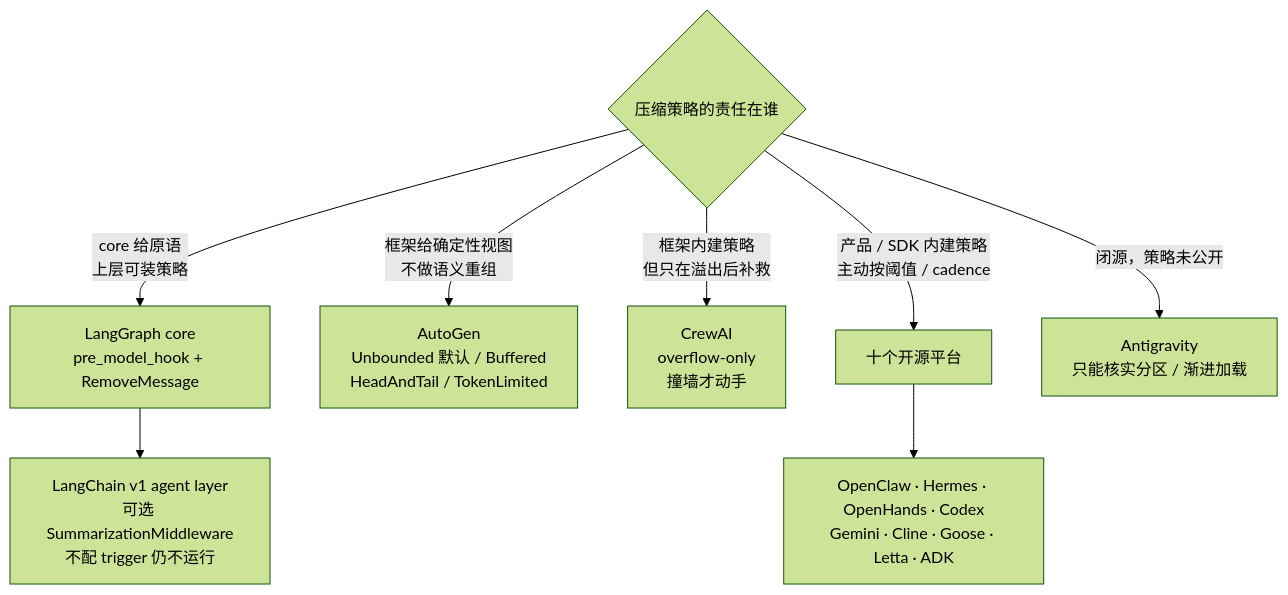
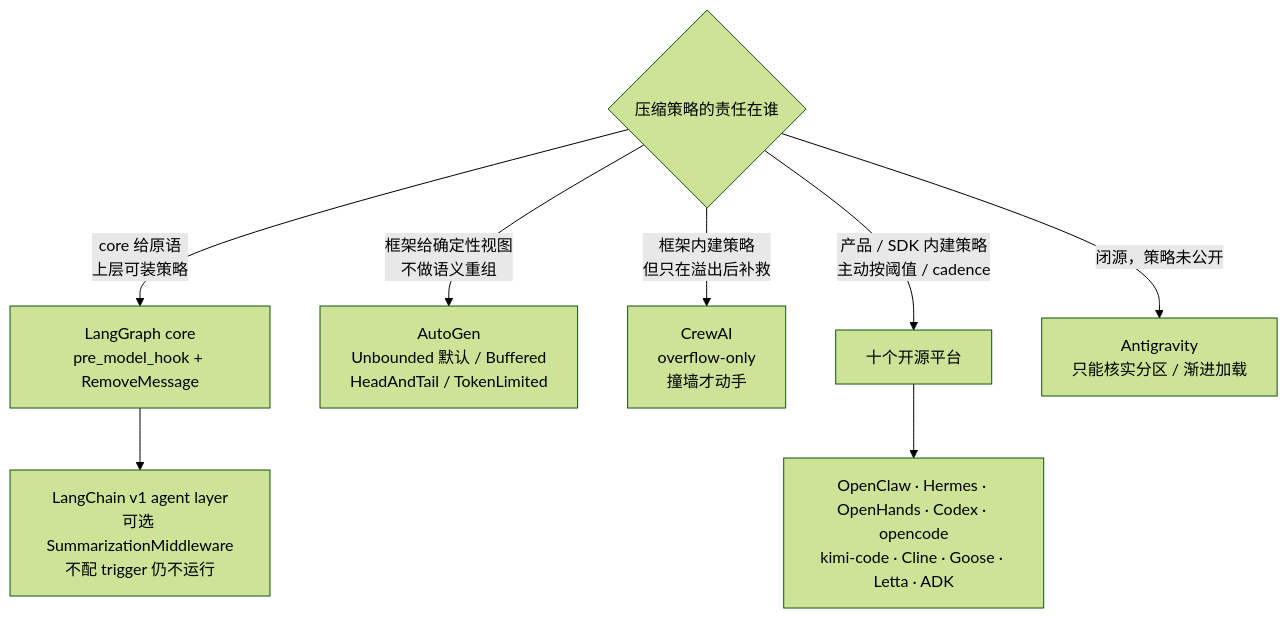
Diagram 16 of 18 in agent-context-compression/Agent_Context_Compression_Research.md (caiboyang/ML-learning), drawn with Mermaid (forest theme) before and after one commit. The commit also changed other lines of this file, not shown here.

````diff
--- a/agent-context-compression/Agent_Context_Compression_Research.md
+++ b/agent-context-compression/Agent_Context_Compression_Research.md
@@ -2605,11 +2597,11 @@
 ```mermaid
 flowchart TD
     Q{"压缩策略的责任在谁"}
     Q -->|"core 给原语<br/>上层可装策略"| A["LangGraph core<br/>pre_model_hook + RemoveMessage"]
     A --> A1["LangChain v1 agent layer<br/>可选 SummarizationMiddleware<br/>不配 trigger 仍不运行"]
     Q -->|"框架给确定性视图<br/>不做语义重组"| B["AutoGen<br/>Unbounded 默认 / Buffered<br/>HeadAndTail / TokenLimited"]
     Q -->|"框架内建策略<br/>但只在溢出后补救"| D["CrewAI<br/>overflow-only<br/>撞墙才动手"]
     Q -->|"产品 / SDK 内建策略<br/>主动按阈值 / cadence"| C["十个开源平台"]
     Q -->|"闭源，策略未公开"| E["Antigravity<br/>只能核实分区 / 渐进加载"]
-    C --> C2["OpenClaw · Hermes · OpenHands · Codex<br/>Gemini · Cline · Goose · Letta · ADK"]
+    C --> C2["OpenClaw · Hermes · OpenHands · Codex · opencode<br/>kimi-code · Cline · Goose · Letta · ADK"]
 ```
````
